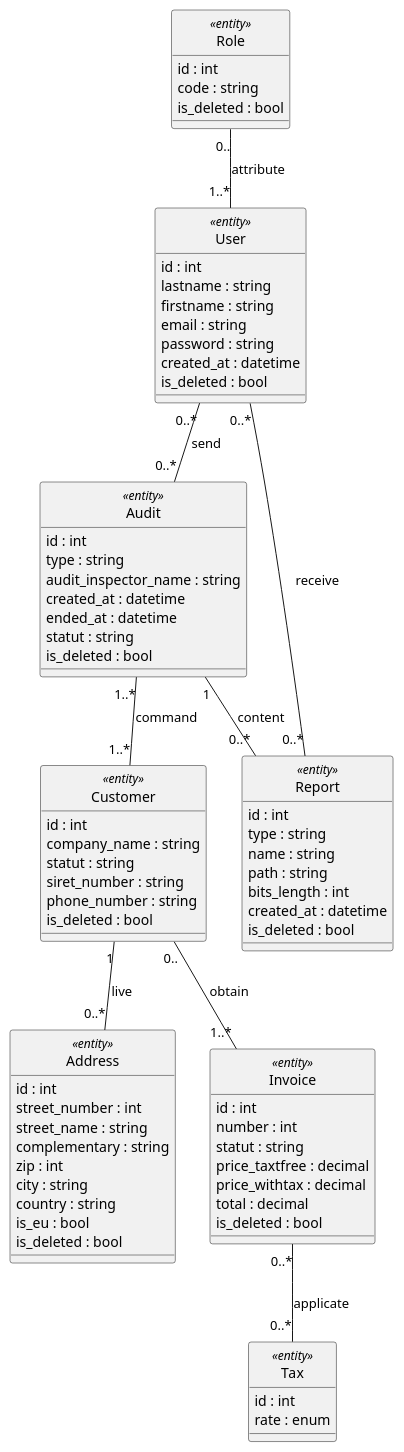
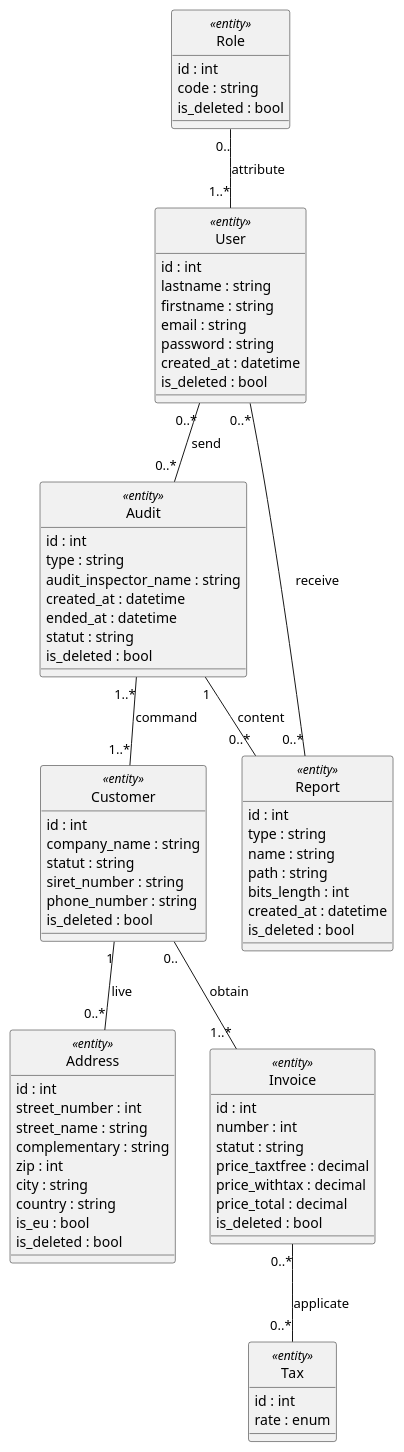
One commit to PatrickBevis/cassandra-project changed the diagram in conception/casandrav1MCD.puml. Above: the diagram before and after it, drawn with PlantUML. The commit also changed 1 other file, not shown here.

```diff
--- a/conception/casandrav1MCD.puml
+++ b/conception/casandrav1MCD.puml
@@ -1,95 +1,95 @@
 @startuml Cassandra
 hide circle
 skinparam classAttributeIconSize 0
 
 
 ''''''''''Référentiels'''''''''
 
 class Role <<entity>> {
   id : int
   code : string
   is_deleted : bool
 }
 
 class User <<entity>> {
   id : int
   lastname : string
   firstname : string
   email : string
   password : string
   created_at : datetime
   is_deleted : bool
 }
 
 
 ''''''''''' Métier''''''''''
 
 class Address <<entity>> {
   id : int
   street_number : int
   street_name : string
   complementary : string
   zip : int
   city : string
   country : string
   is_eu : bool
   is_deleted : bool
 }
 
 class Customer <<entity>> {
   id : int
   company_name : string
   statut : string
   siret_number : string
   phone_number : string
   is_deleted : bool
 }
 
 class Invoice <<entity>> {
   id : int
   number : int
   statut : string
   price_taxtfree : decimal
   price_withtax : decimal
-  total : decimal
+  price_total : decimal
   is_deleted : bool
 }
 
 class Tax <<entity>> {
   id : int
   rate : enum
 }
 
 class Audit <<entity>> {
   id : int
   type : string
   audit_inspector_name : string
   created_at : datetime
   ended_at : datetime
   statut : string
   is_deleted : bool
 }
 
 class Report <<entity>> {
   id : int
   type : string
   name : string
   path : string
   bits_length : int
   created_at : datetime
   is_deleted : bool
 }
 
 
 '''''''''''''Relations'''''''''''''
 
 Role     "0.."   -- "1..*" User     : attribute
 User     "0..*"  -- "0..*" Audit    : send
 User     "0..*"  -- "0..*" Report   : receive
 Audit    "1"     -- "0..*" Report   : content
 Audit    "1..*"  -- "1..*" Customer : command
 Customer "1"     -- "0..*" Address  : live
 Customer "0.."   -- "1..*" Invoice  : obtain
 Invoice  "0..*"  -- "0..*" Tax      : applicate
 
 @enduml
```
